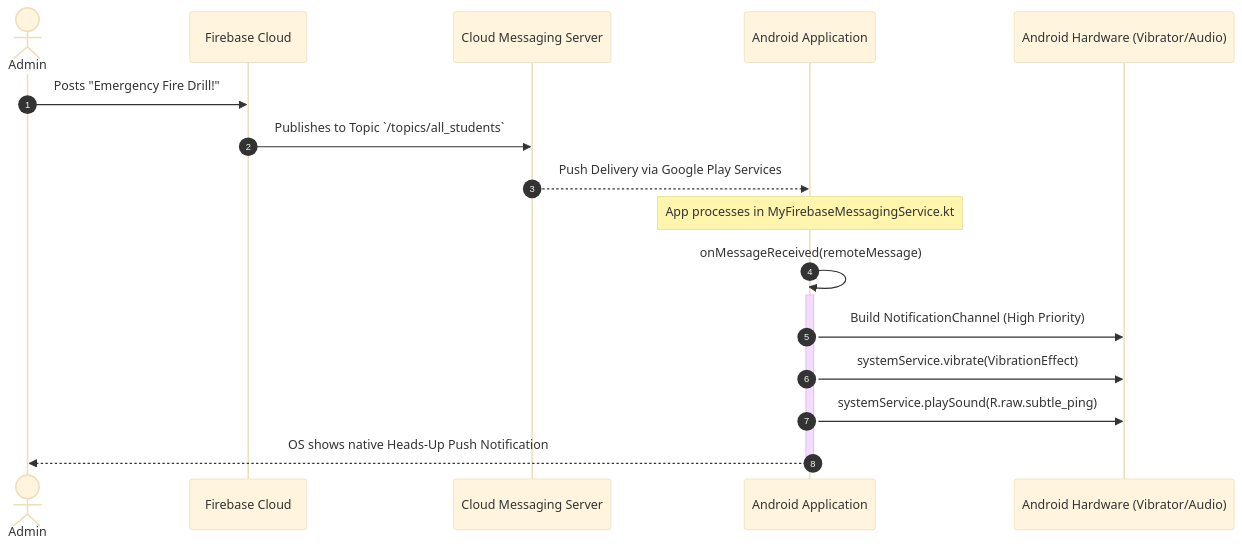
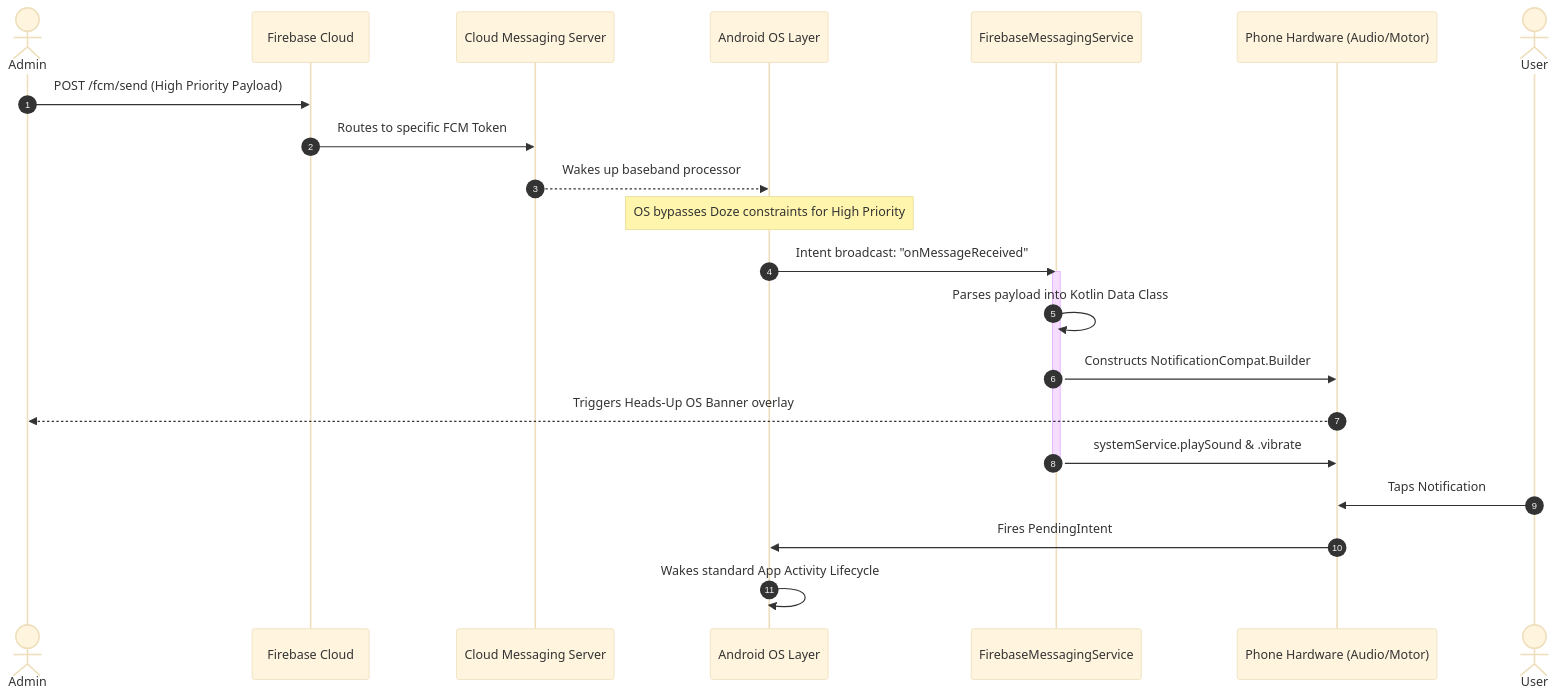
One commit to Bad087/CampusAlert101 changed the second of 3 diagrams in android_read.md. Above: the diagram before and after it, drawn with Mermaid (base theme). The commit also changed other lines of this file, not shown here.

````diff
--- a/android_read.md
+++ b/android_read.md
@@ -189,25 +356,30 @@
 ```mermaid
 sequenceDiagram
     autonumber
-    
+
     actor Admin
     participant Cloud as Firebase Cloud
     participant FCM as Cloud Messaging Server
-    participant App as Android Application
-    participant HW as Android Hardware (Vibrator/Audio)
-    
-    Admin->>Cloud: Posts "Emergency Fire Drill!"
-    Cloud->>FCM: Publishes to Topic `/topics/all_students`
-    FCM-->>App: Push Delivery via Google Play Services
-    
-    Note over App: App processes in MyFirebaseMessagingService.kt
-    App->>App: onMessageReceived(remoteMessage)
-    
-    activate App
-    App->>HW: Build NotificationChannel (High Priority)
-    App->>HW: systemService.vibrate(VibrationEffect)
-    App->>HW: systemService.playSound(R.raw.subtle_ping)
-    
-    App-->>Admin: OS shows native Heads-Up Push Notification
-    deactivate App
+    participant OS as Android OS Layer
+    participant BackgroundService as FirebaseMessagingService
+    participant Hardware as Phone Hardware (Audio/Motor)
+
+    Admin->>Cloud: POST /fcm/send (High Priority Payload)
+    Cloud->>FCM: Routes to specific FCM Token
+    FCM-->>OS: Wakes up baseband processor
+
+    Note over OS: OS bypasses Doze constraints for High Priority
+    OS->>BackgroundService: Intent broadcast: "onMessageReceived"
+
+    activate BackgroundService
+    BackgroundService->>BackgroundService: Parses payload into Kotlin Data Class
+    BackgroundService->>Hardware: Constructs NotificationCompat.Builder
+    Hardware-->>Admin: Triggers Heads-Up OS Banner overlay
+    BackgroundService->>Hardware: systemService.playSound & .vibrate
+    deactivate BackgroundService
+
+    actor User
+    User->>Hardware: Taps Notification
+    Hardware->>OS: Fires PendingIntent
+    OS->>OS: Wakes standard App Activity Lifecycle
 ```
````
